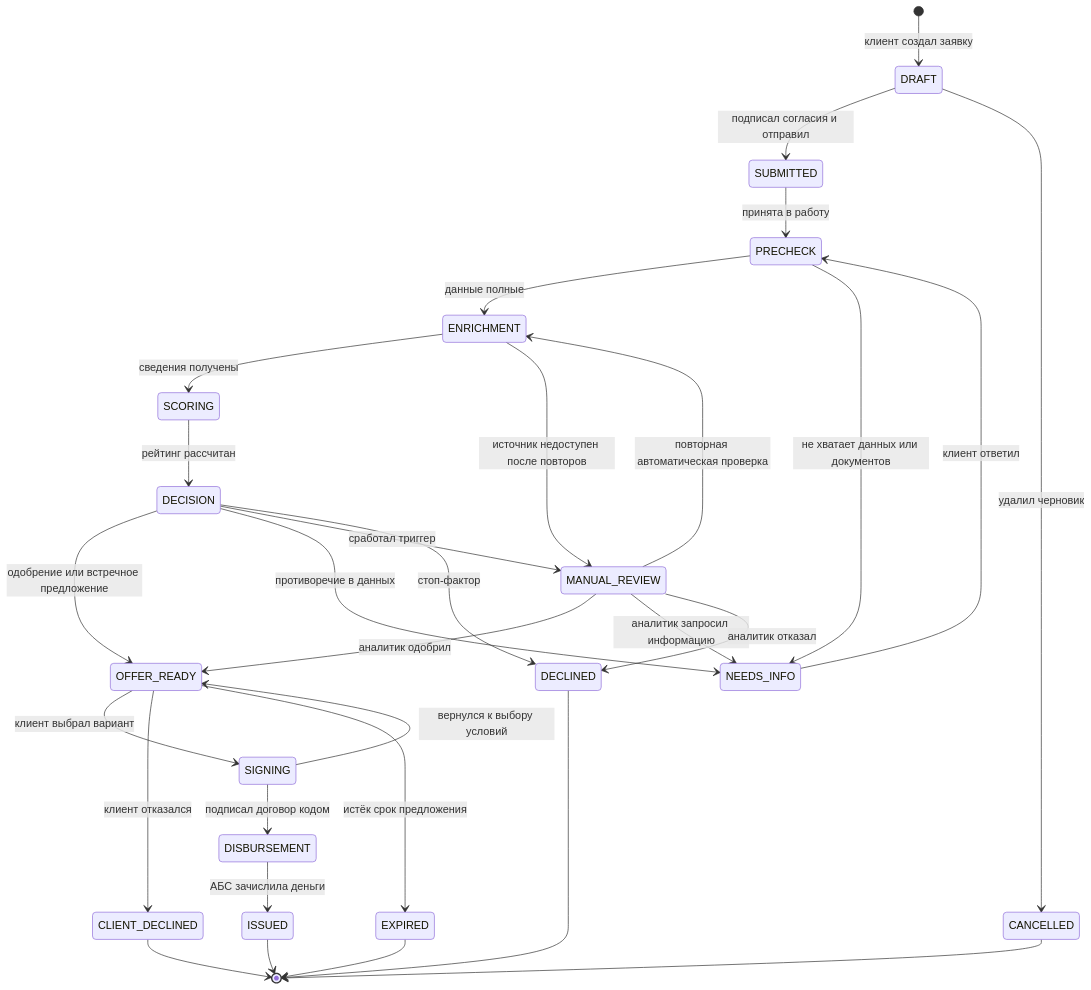
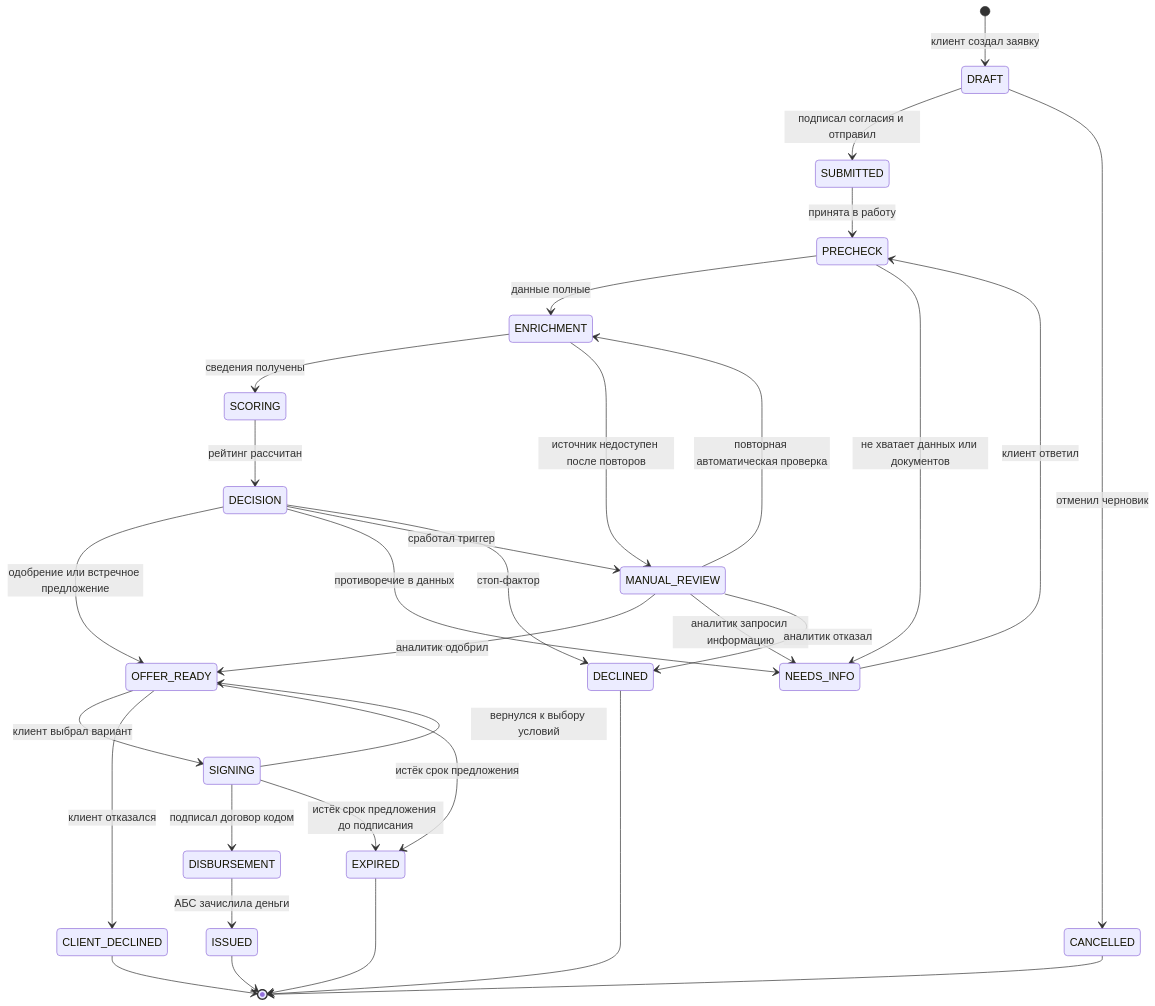
Before and after one commit to AnnKalenova/smart-credit-cabinet: the diagram in docs/state-diagram.md, drawn with Mermaid. The commit also changed other lines of this file and 28 other files, not shown here.

First line of the commit message:
Документация, OpenAPI, диаграммы и скриншоты по итогам ревью

````diff
--- a/docs/state-diagram.md
+++ b/docs/state-diagram.md
@@ -7,39 +7,40 @@
 ```mermaid
 stateDiagram-v2
     direction TB
     [*] --> DRAFT: клиент создал заявку
     DRAFT --> SUBMITTED: подписал согласия и отправил
-    DRAFT --> CANCELLED: удалил черновик
+    DRAFT --> CANCELLED: отменил черновик
     SUBMITTED --> PRECHECK: принята в работу
 
     PRECHECK --> ENRICHMENT: данные полные
     PRECHECK --> NEEDS_INFO: не хватает данных или документов
     NEEDS_INFO --> PRECHECK: клиент ответил
 
     ENRICHMENT --> SCORING: сведения получены
     ENRICHMENT --> MANUAL_REVIEW: источник недоступен после повторов
     SCORING --> DECISION: рейтинг рассчитан
 
     DECISION --> OFFER_READY: одобрение или встречное предложение
     DECISION --> NEEDS_INFO: противоречие в данных
     DECISION --> MANUAL_REVIEW: сработал триггер
     DECISION --> DECLINED: стоп-фактор
 
     MANUAL_REVIEW --> OFFER_READY: аналитик одобрил
     MANUAL_REVIEW --> NEEDS_INFO: аналитик запросил информацию
     MANUAL_REVIEW --> DECLINED: аналитик отказал
     MANUAL_REVIEW --> ENRICHMENT: повторная автоматическая проверка
 
     OFFER_READY --> SIGNING: клиент выбрал вариант
     OFFER_READY --> CLIENT_DECLINED: клиент отказался
     OFFER_READY --> EXPIRED: истёк срок предложения
     SIGNING --> OFFER_READY: вернулся к выбору условий
     SIGNING --> DISBURSEMENT: подписал договор кодом
+    SIGNING --> EXPIRED: истёк срок предложения до подписания
     DISBURSEMENT --> ISSUED: АБС зачислила деньги
 
     ISSUED --> [*]
     DECLINED --> [*]
     CLIENT_DECLINED --> [*]
     CANCELLED --> [*]
     EXPIRED --> [*]
 ```
````
